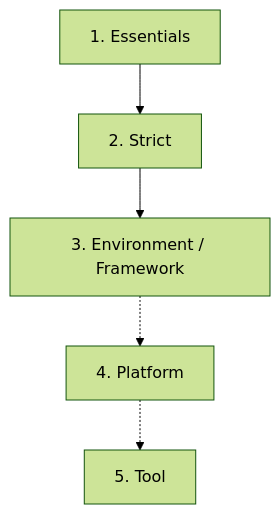
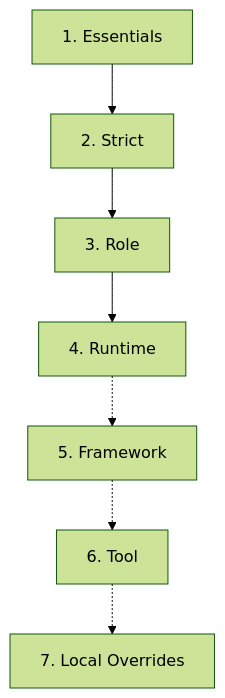
One commit to cbnventures/nova changed the second of 2 diagrams in apps/docs/docs/presets/index.mdx. Above: the diagram before and after it, drawn with Mermaid (forest theme). The commit also changed other lines of this file and 268 other files, not shown here.

Commit message:
Add role-based TypeScript presets, unify transpilation, harden scaffold and release validation, and add Mermaid controls

````diff
--- a/apps/docs/docs/presets/index.mdx
+++ b/apps/docs/docs/presets/index.mdx
@@ -115,7 +115,9 @@
 ```mermaid
 flowchart TD
     ES[1. Essentials] --> ST[2. Strict]
-    ST --> E[3. Environment / Framework]
-    E -.-> P[4. Platform]
-    P -.-> T[5. Tool]
+    ST --> RO[3. Role]
+    RO --> RU[4. Runtime]
+    RU -.-> FW[5. Framework]
+    FW -.-> T[6. Tool]
+    T -.-> LO[7. Local Overrides]
 ```
````
